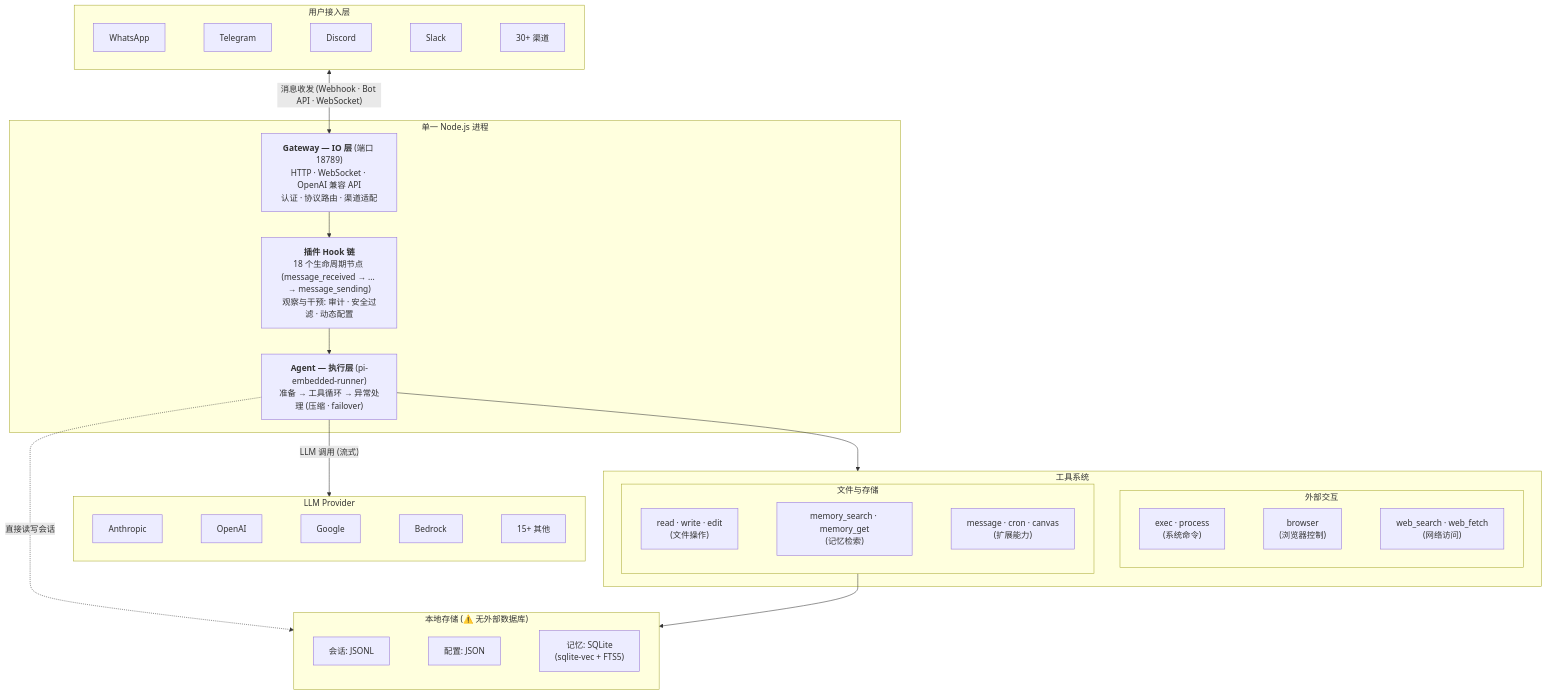
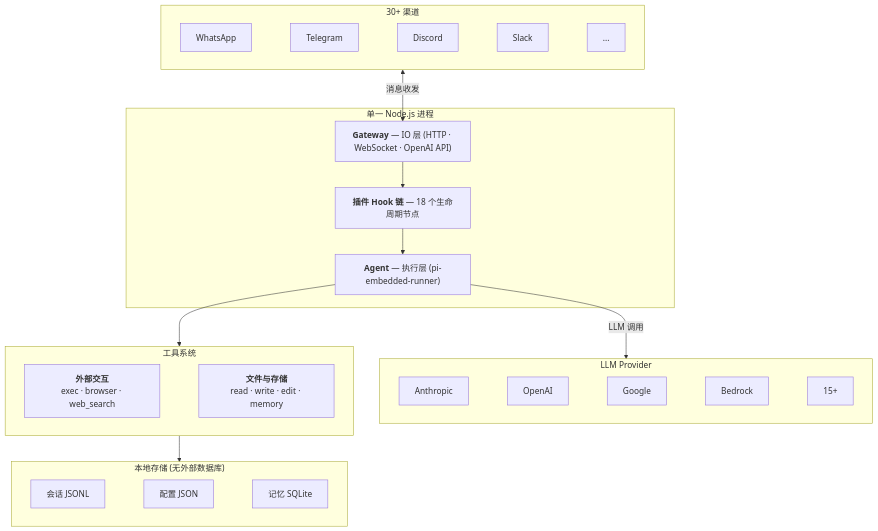
One commit to renlulu/renlulu.github.io changed the first of 3 diagrams in _posts/2026-02-20-openclaw-architecture.md. Above: the diagram before and after it, drawn with Mermaid.

Commit message:
docs: compact architecture diagram nodes to single lines

````diff
--- a/_posts/2026-02-20-openclaw-architecture.md
+++ b/_posts/2026-02-20-openclaw-architecture.md
@@ -31,43 +31,34 @@
 ```mermaid
 graph TB
-    subgraph Channels["用户接入层"]
+    subgraph Channels["30+ 渠道"]
         direction LR
-        WA[WhatsApp] ~~~ TG[Telegram] ~~~ DC[Discord] ~~~ SL[Slack] ~~~ MORE[30+ 渠道]
+        WA[WhatsApp] ~~~ TG[Telegram] ~~~ DC[Discord] ~~~ SL[Slack] ~~~ MORE[...]
     end
 
     subgraph Process["单一 Node.js 进程"]
-        GW["<b>Gateway — IO 层</b> (端口 18789)<br/>HTTP · WebSocket · OpenAI 兼容 API<br/>认证 · 协议路由 · 渠道适配"]
-
-        HOOKS["<b>插件 Hook 链</b><br/>18 个生命周期节点 (message_received → ... → message_sending)<br/>观察与干预: 审计 · 安全过滤 · 动态配置"]
-
-        AGENT["<b>Agent — 执行层</b> (pi-embedded-runner)<br/>准备 → 工具循环 → 异常处理 (压缩 · failover)"]
+        GW["<b>Gateway</b> — IO 层 (HTTP · WebSocket · OpenAI API)"]
+        HOOKS["<b>插件 Hook 链</b> — 18 个生命周期节点"]
+        AGENT["<b>Agent</b> — 执行层 (pi-embedded-runner)"]
     end
 
     subgraph Providers["LLM Provider"]
         direction LR
-        P1[Anthropic] ~~~ P2[OpenAI] ~~~ P3[Google] ~~~ P4[Bedrock] ~~~ P5[15+ 其他]
+        P1[Anthropic] ~~~ P2[OpenAI] ~~~ P3[Google] ~~~ P4[Bedrock] ~~~ P5[15+]
     end
 
     subgraph Tools["工具系统"]
-        subgraph ExtTools["外部交互"]
-            direction LR
-            E1["exec · process<br/>(系统命令)"] ~~~ E2["browser<br/>(浏览器控制)"] ~~~ E3["web_search · web_fetch<br/>(网络访问)"]
-        end
-        subgraph IntTools["文件与存储"]
-            direction LR
-            I1["read · write · edit<br/>(文件操作)"] ~~~ I2["memory_search · memory_get<br/>(记忆检索)"] ~~~ I3["message · cron · canvas<br/>(扩展能力)"]
-        end
+        direction LR
+        EXT["<b>外部交互</b><br/>exec · browser · web_search"] ~~~ INT["<b>文件与存储</b><br/>read · write · edit · memory"]
     end
 
-    subgraph Storage["本地存储 (⚠️ 无外部数据库)"]
+    subgraph Storage["本地存储 (无外部数据库)"]
         direction LR
-        S1["会话: JSONL"] ~~~ S2["配置: JSON"] ~~~ S3["记忆: SQLite<br/>(sqlite-vec + FTS5)"]
+        S1["会话 JSONL"] ~~~ S2["配置 JSON"] ~~~ S3["记忆 SQLite"]
     end
 
-    Channels <-->|"消息收发 (Webhook · Bot API · WebSocket)"| GW
+    Channels <-->|"消息收发"| GW
     GW --> HOOKS --> AGENT
-    AGENT -->|"LLM 调用 (流式)"| Providers
+    AGENT -->|"LLM 调用"| Providers
     AGENT --> Tools
-    IntTools --> Storage
-    AGENT -.->|"直接读写会话"| S1
+    INT --> Storage
 ```
````
